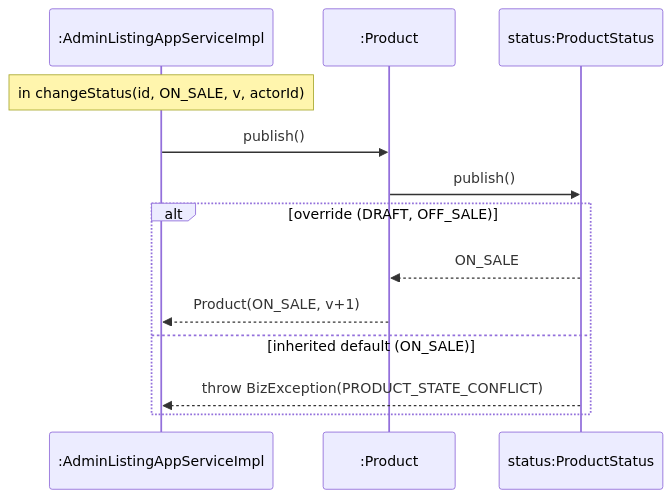
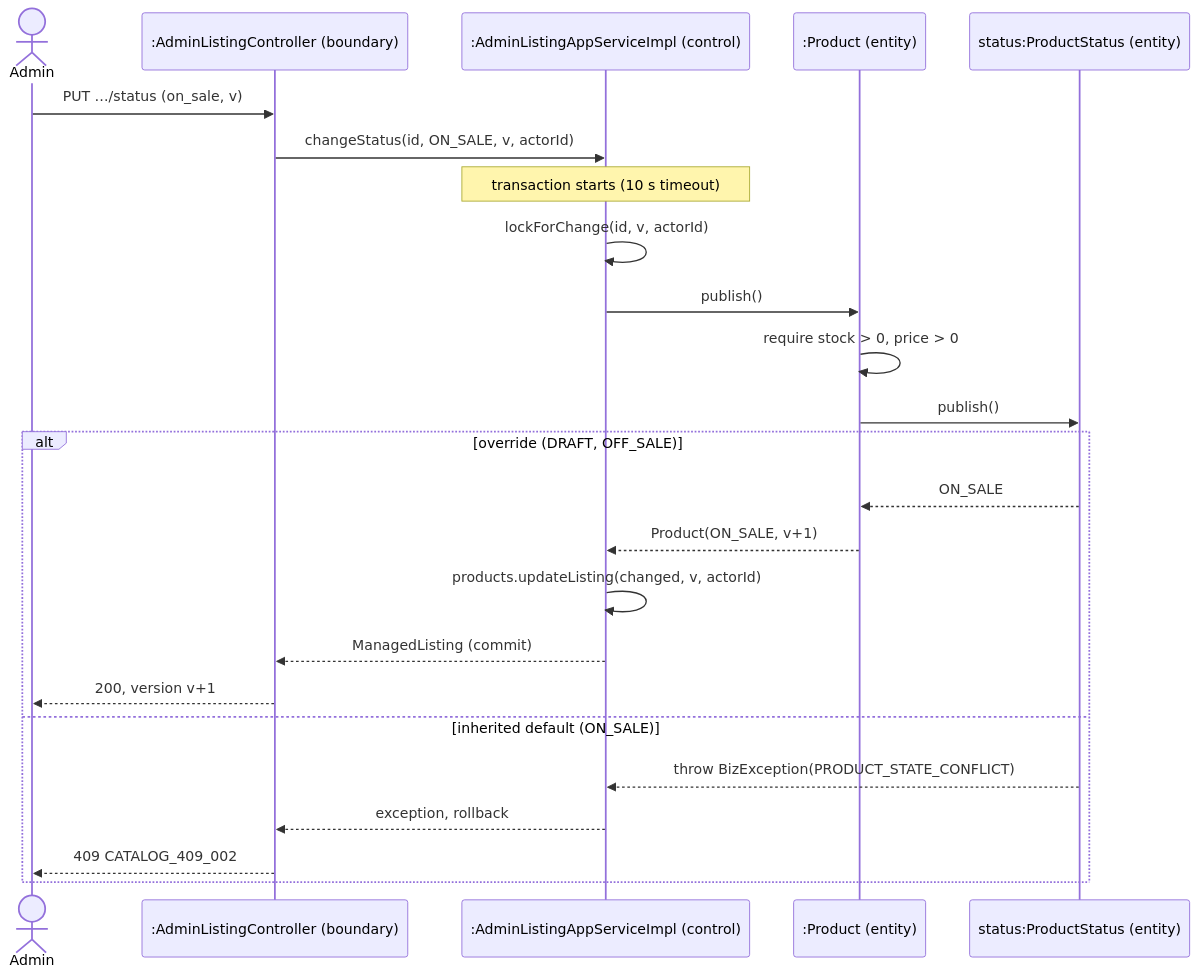
One commit to PPsyrius/iss-groupbuy-team8 changed the fifth of 6 diagrams in docs/swe5006/report/sections/03-5-5-liu-jin.md. Above: the diagram before and after it, drawn with Mermaid. The commit also changed other lines of this file, not shown here.

````diff
--- a/docs/swe5006/report/sections/03-5-5-liu-jin.md
+++ b/docs/swe5006/report/sections/03-5-5-liu-jin.md
@@ -220,15 +220,26 @@
 ```mermaid
 sequenceDiagram
-  participant A as :AdminListingAppServiceImpl
-  participant P as :Product
-  participant S as status:ProductStatus
-  Note over A: in changeStatus(id, ON_SALE, v, actorId)
+  actor Admin
+  participant C as :AdminListingController (boundary)
+  participant A as :AdminListingAppServiceImpl (control)
+  participant P as :Product (entity)
+  participant S as status:ProductStatus (entity)
+  Admin->>C: PUT …/status (on_sale, v)
+  C->>A: changeStatus(id, ON_SALE, v, actorId)
+  Note over A: transaction starts (10 s timeout)
+  A->>A: lockForChange(id, v, actorId)
   A->>P: publish()
+  P->>P: require stock > 0, price > 0
   P->>S: publish()
   alt override (DRAFT, OFF_SALE)
     S-->>P: ON_SALE
     P-->>A: Product(ON_SALE, v+1)
+    A->>A: products.updateListing(changed, v, actorId)
+    A-->>C: ManagedListing (commit)
+    C-->>Admin: 200, version v+1
   else inherited default (ON_SALE)
     S-->>A: throw BizException(PRODUCT_STATE_CONFLICT)
+    A-->>C: exception, rollback
+    C-->>Admin: 409 CATALOG_409_002
   end
 ```
````
